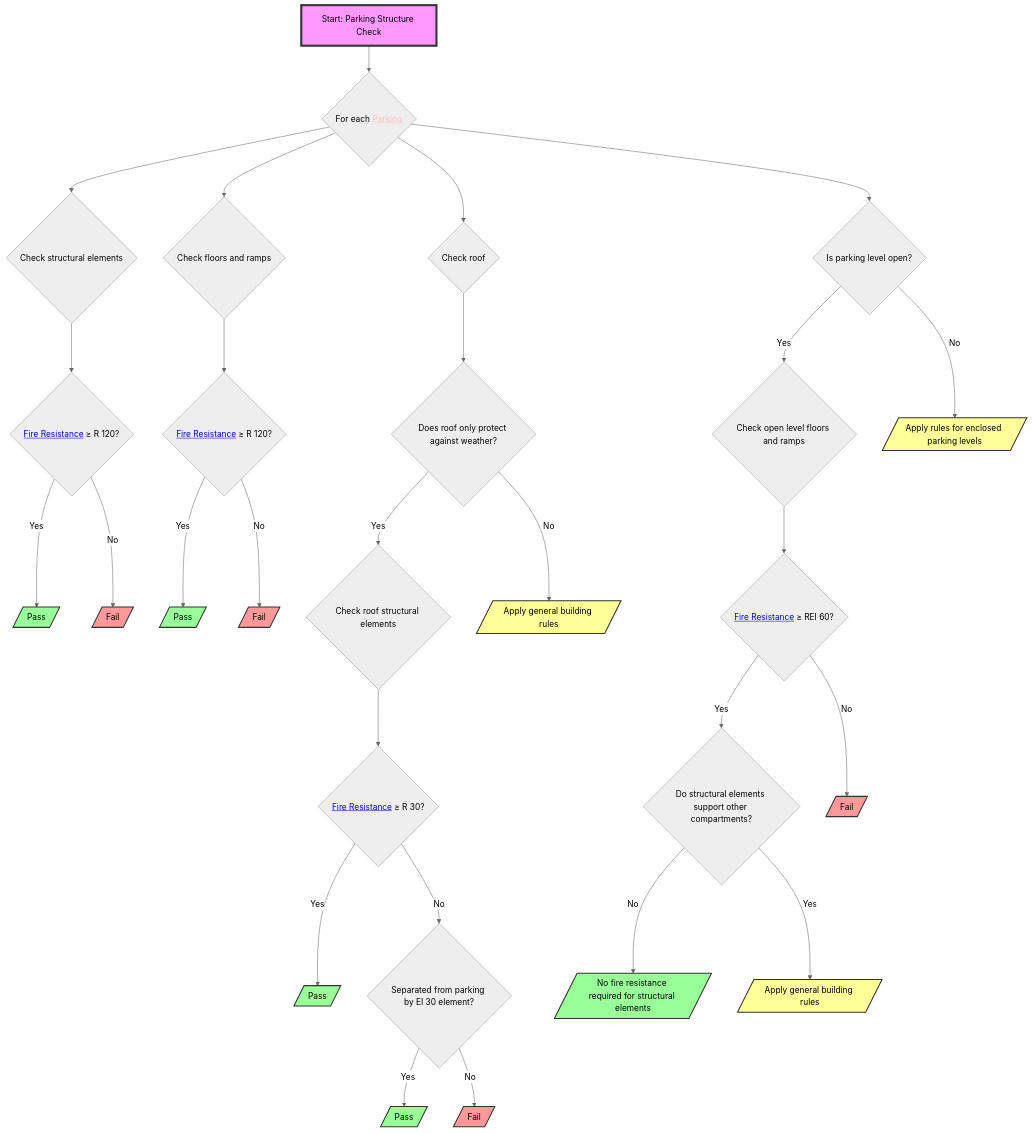
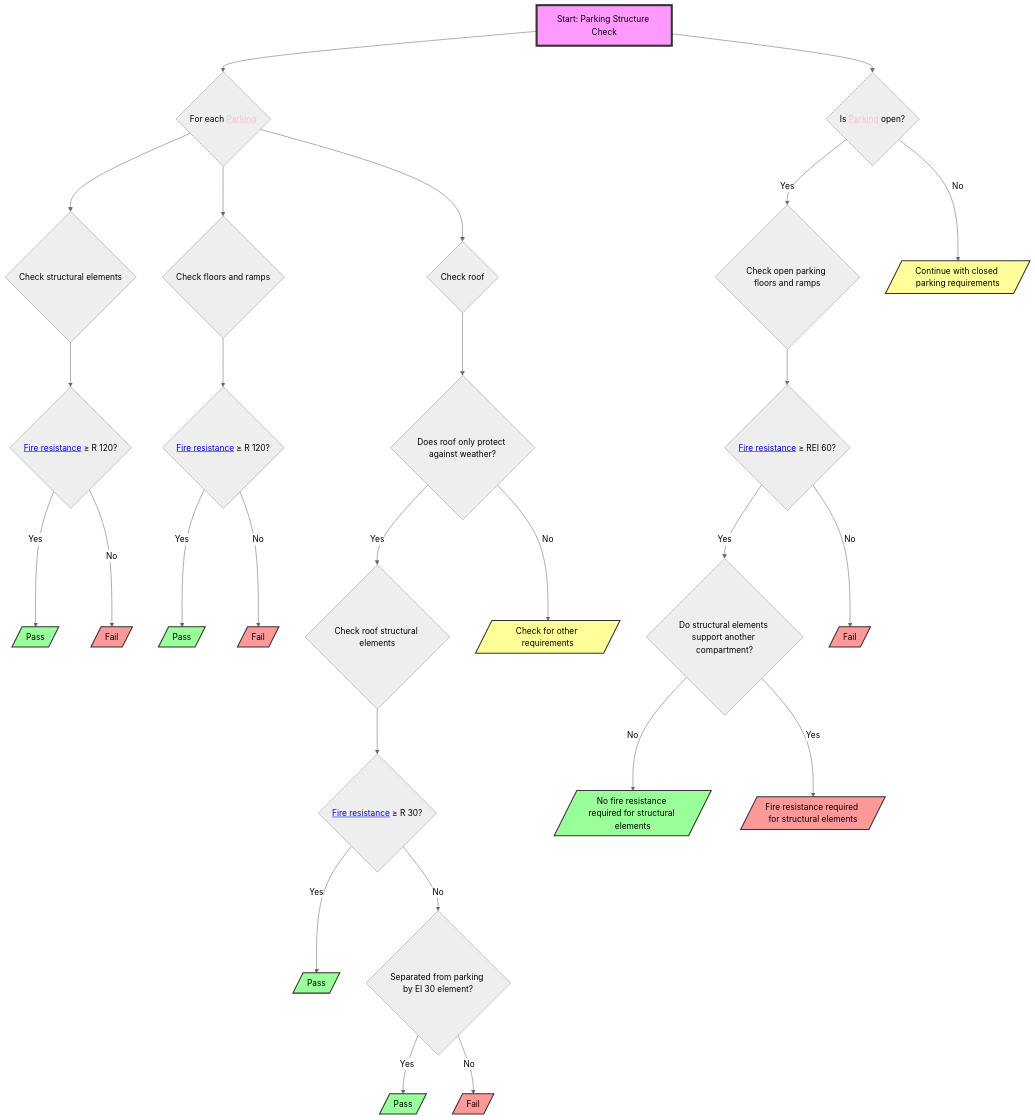
The diagram in mmddiagrams/section_5_2_1.mmd (CedricDriesen92/RulebookProcessing), drawn with Mermaid (neutral theme) before and after one commit. The commit also changed 27 other files, not shown here.

```diff
--- a/mmddiagrams/section_5_2_1.mmd
+++ b/mmddiagrams/section_5_2_1.mmd
@@ -1,44 +1,42 @@
 flowchart TD
-    S1["Start: Parking Structure Check"] --> A{"For each <a href='http://example.com/firebimbuilding#Parking' style='color:pink;'>Parking</a>"}
-    A --> B{"Check structural elements"}
-    B --> C{"<a href='http://example.com/firebimbuilding#FireResistance' style='color:blue;'>Fire Resistance</a> ≥ R 120?"}
-    C -- Yes --> D[/"Pass"/]
-    C -- No --> E[/"Fail"/]
-    A --> F{"Check floors and ramps"}
-    F --> G{"<a href='http://example.com/firebimbuilding#FireResistance' style='color:blue;'>Fire Resistance</a> ≥ R 120?"}
-    G -- Yes --> H[/"Pass"/]
-    G -- No --> I[/"Fail"/]
-    A --> J{"Check roof"}
-    J --> K{"Does roof only protect against weather?"}
+    S1["Start: Parking Structure Check"] --> A{"For each <a href="http://example.com/firebimbuilding#Parking" style="color:pink;">Parking</a>"}
+    A --> B{"Check structural elements"} & C{"Check floors and ramps"} & D{"Check roof"}
+    B --> E{"<a href="http://example.com/firebimbuilding#FireResistance" style="color:blue;">Fire resistance</a> ≥ R 120?"}
+    E -- Yes --> F[/"Pass"/]
+    E -- No --> G[/"Fail"/]
+    C --> H{"<a href="http://example.com/firebimbuilding#FireResistance" style="color:blue;">Fire resistance</a> ≥ R 120?"}
+    H -- Yes --> I[/"Pass"/]
+    H -- No --> J[/"Fail"/]
+    D --> K{"Does roof only protect against weather?"}
     K -- Yes --> L{"Check roof structural elements"}
-    L --> M{"<a href='http://example.com/firebimbuilding#FireResistance' style='color:blue;'>Fire Resistance</a> ≥ R 30?"}
+    L --> M{"<a href="http://example.com/firebimbuilding#FireResistance" style="color:blue;">Fire resistance</a> ≥ R 30?"}
     M -- Yes --> N[/"Pass"/]
     M -- No --> O{"Separated from parking by EI 30 element?"}
     O -- Yes --> P[/"Pass"/]
     O -- No --> Q[/"Fail"/]
-    K -- No --> R[/"Apply general building rules"/]
-    A --> S{"Is parking level open?"}
-    S -- Yes --> T{"Check open level floors and ramps"}
-    T --> U{"<a href='http://example.com/firebimbuilding#FireResistance' style='color:blue;'>Fire Resistance</a> ≥ REI 60?"}
-    U -- Yes --> V{"Do structural elements support other compartments?"}
+    K -- No --> R[/"Check for other requirements"/]
+    S1 --> S{"Is <a href="http://example.com/firebimbuilding#Parking" style="color:pink;">Parking</a> open?"}
+    S -- Yes --> T{"Check open parking floors and ramps"}
+    T --> U{"<a href="http://example.com/firebimbuilding#FireResistance" style="color:blue;">Fire resistance</a> ≥ REI 60?"}
+    U -- Yes --> V{"Do structural elements support another compartment?"}
     V -- No --> W[/"No fire resistance required for structural elements"/]
-    V -- Yes --> X[/"Apply general building rules"/]
+    V -- Yes --> X[/"Fire resistance required for structural elements"/]
     U -- No --> Y[/"Fail"/]
-    S -- No --> Z[/"Apply rules for enclosed parking levels"/]
+    S -- No --> Z[/"Continue with closed parking requirements"/]
      S1:::startClass
-     D:::passClass
-     E:::failClass
-     H:::passClass
-     I:::failClass
+     F:::passClass
+     G:::failClass
+     I:::passClass
+     J:::failClass
      N:::passClass
      P:::passClass
      Q:::failClass
      R:::redirectClass
      W:::passClass
-     X:::redirectClass
+     X:::failClass
      Y:::failClass
      Z:::redirectClass
     classDef startClass fill:#f9f,stroke:#333,stroke-width:4px
     classDef passClass fill:#9f9,stroke:#333,stroke-width:2px
     classDef failClass fill:#f99,stroke:#333,stroke-width:2px
     classDef redirectClass fill:#ff9,stroke:#333,stroke-width:2px
```
